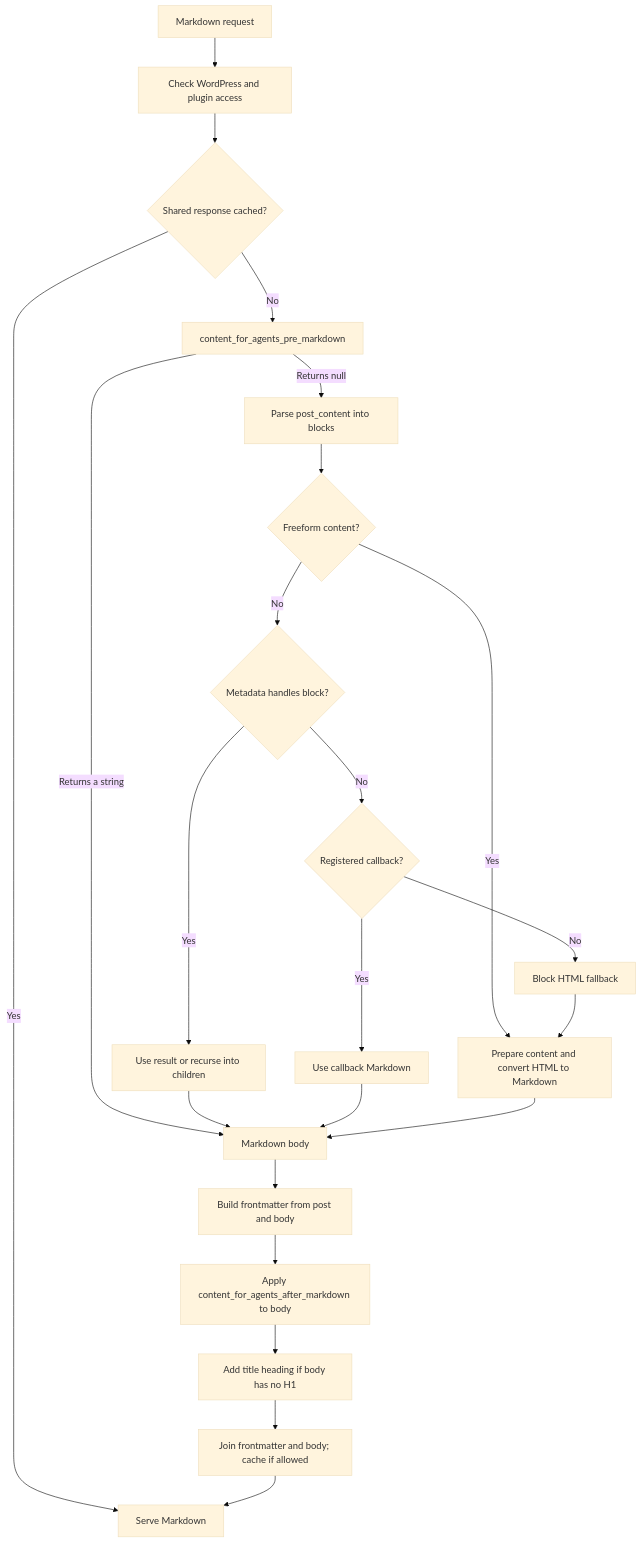
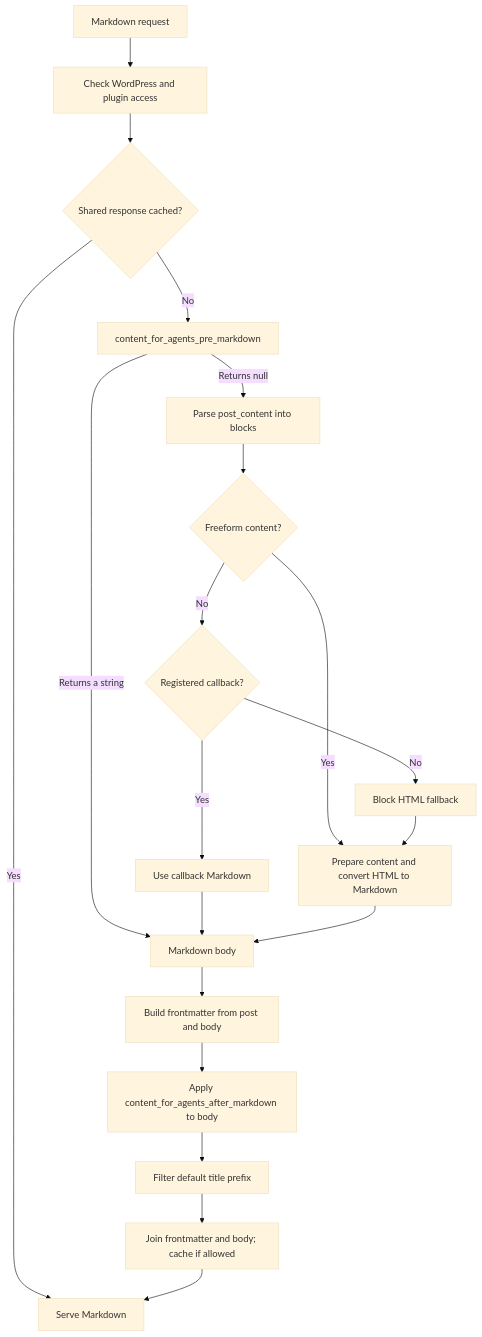
One commit to Automattic/content-for-agents changed the first of 2 diagrams in docs/ARCHITECTURE.md. Above: the diagram before and after it, drawn with Mermaid (base theme). The commit also changed other lines of this file and 10 other files, not shown here.

````diff
--- a/docs/ARCHITECTURE.md
+++ b/docs/ARCHITECTURE.md
@@ -8,25 +8,22 @@
 ```mermaid
 flowchart TD
     A[Markdown request] --> B[Check WordPress and plugin access]
     B --> C{Shared response cached?}
     C -- Yes --> Z[Serve Markdown]
     C -- No --> D[content_for_agents_pre_markdown]
     D -- Returns a string --> J[Markdown body]
     D -- Returns null --> E[Parse post_content into blocks]
     E --> F{Freeform content?}
     F -- Yes --> I[Prepare content and convert HTML to Markdown]
-    F -- No --> G{Metadata handles block?}
-    G -- Yes --> H[Use result or recurse into children]
-    G -- No --> K{Registered callback?}
+    F -- No --> K{Registered callback?}
     K -- Yes --> S[Use callback Markdown]
     K -- No --> L[Block HTML fallback]
     L --> I
-    H --> J
     S --> J
     I --> J
     J --> M[Build frontmatter from post and body]
     M --> N[Apply content_for_agents_after_markdown to body]
-    N --> O[Add title heading if body has no H1]
+    N --> O[Filter default title prefix]
     O --> P[Join frontmatter and body; cache if allowed]
     P --> Z
 ```
````
